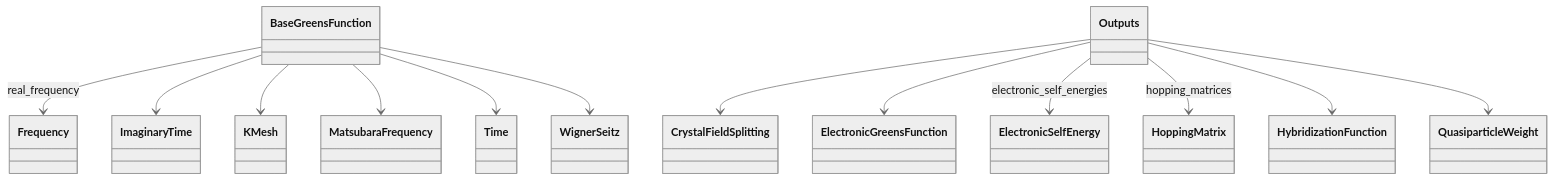
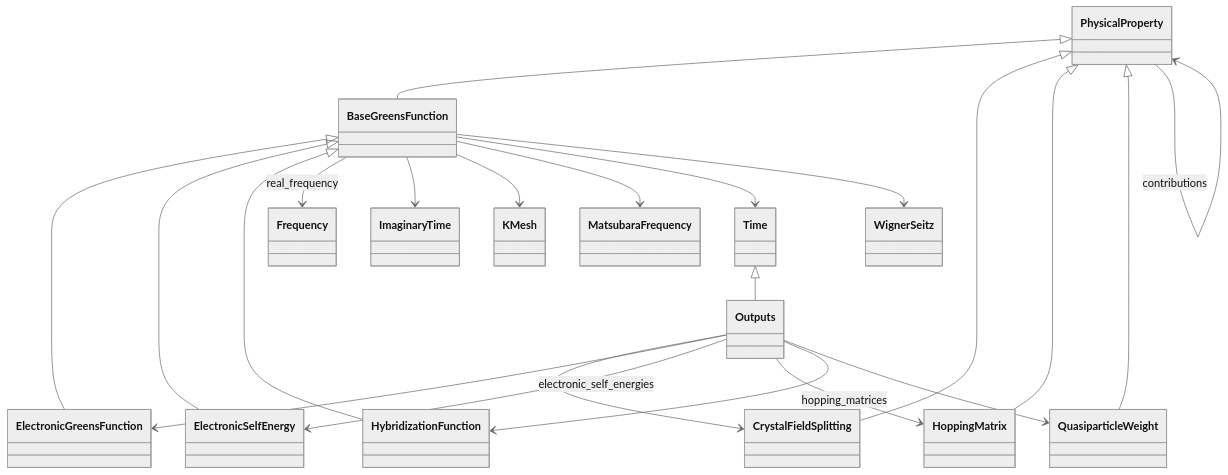
One commit to FAIRmat-NFDI/nomad-simulations changed the diagram in docs/schema/manybody_properties.diagram.md. Above: the diagram before and after it, drawn with Mermaid (neutral theme). The commit also changed other lines of this file and 52 other files, not shown here.

Commit message:
add inheritance to diagrams, better organization

````diff
--- a/docs/schema/manybody_properties.diagram.md
+++ b/docs/schema/manybody_properties.diagram.md
@@ -15,43 +16,54 @@
 ```mermaid
 classDiagram
     class BaseGreensFunction {
     }
     class CrystalFieldSplitting {
     }
     class ElectronicGreensFunction {
     }
     class ElectronicSelfEnergy {
     }
     class Frequency {
     }
     class HoppingMatrix {
     }
     class HybridizationFunction {
     }
     class ImaginaryTime {
     }
     class KMesh {
     }
     class MatsubaraFrequency {
     }
     class Outputs {
     }
+    class PhysicalProperty {
+    }
     class QuasiparticleWeight {
     }
     class Time {
     }
     class WignerSeitz {
     }
+    PhysicalProperty <|-- BaseGreensFunction
+    PhysicalProperty <|-- CrystalFieldSplitting
+    BaseGreensFunction <|-- ElectronicGreensFunction
+    BaseGreensFunction <|-- ElectronicSelfEnergy
+    PhysicalProperty <|-- HoppingMatrix
+    BaseGreensFunction <|-- HybridizationFunction
+    Time <|-- Outputs
+    PhysicalProperty <|-- QuasiparticleWeight
     BaseGreensFunction --> Frequency : real_frequency
     BaseGreensFunction --> ImaginaryTime
     BaseGreensFunction --> KMesh
     BaseGreensFunction --> MatsubaraFrequency
     BaseGreensFunction --> Time
     BaseGreensFunction --> WignerSeitz
     Outputs --> CrystalFieldSplitting
     Outputs --> ElectronicGreensFunction
     Outputs --> ElectronicSelfEnergy : electronic_self_energies
     Outputs --> HoppingMatrix : hopping_matrices
     Outputs --> HybridizationFunction
     Outputs --> QuasiparticleWeight
+    PhysicalProperty --> PhysicalProperty : contributions
 ```
````
